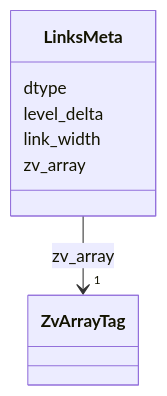
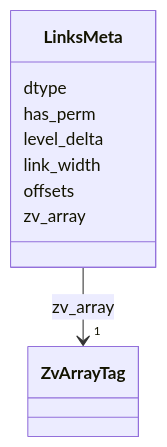
One commit to AllenInstitute/zarr-vectors-py changed diagram 11 of 15 in schema/reference.md. Above: the diagram before and after it, drawn with Mermaid. The commit also changed other lines of this file and 2 other files, not shown here.

````diff
--- a/schema/reference.md
+++ b/schema/reference.md
@@ -6136,23 +6627,27 @@
 ```mermaid
  classDiagram
     class LinksMeta
     click LinksMeta href "../LinksMeta/"
       LinksMeta : dtype
         
+      LinksMeta : has_perm
+        
       LinksMeta : level_delta
         
       LinksMeta : link_width
+        
+      LinksMeta : offsets
         
       LinksMeta : zv_array
         
           
     
         
         
         LinksMeta --> "1" ZvArrayTag : zv_array
         click ZvArrayTag href "../ZvArrayTag/"
     
 
         
       
 ```
````
